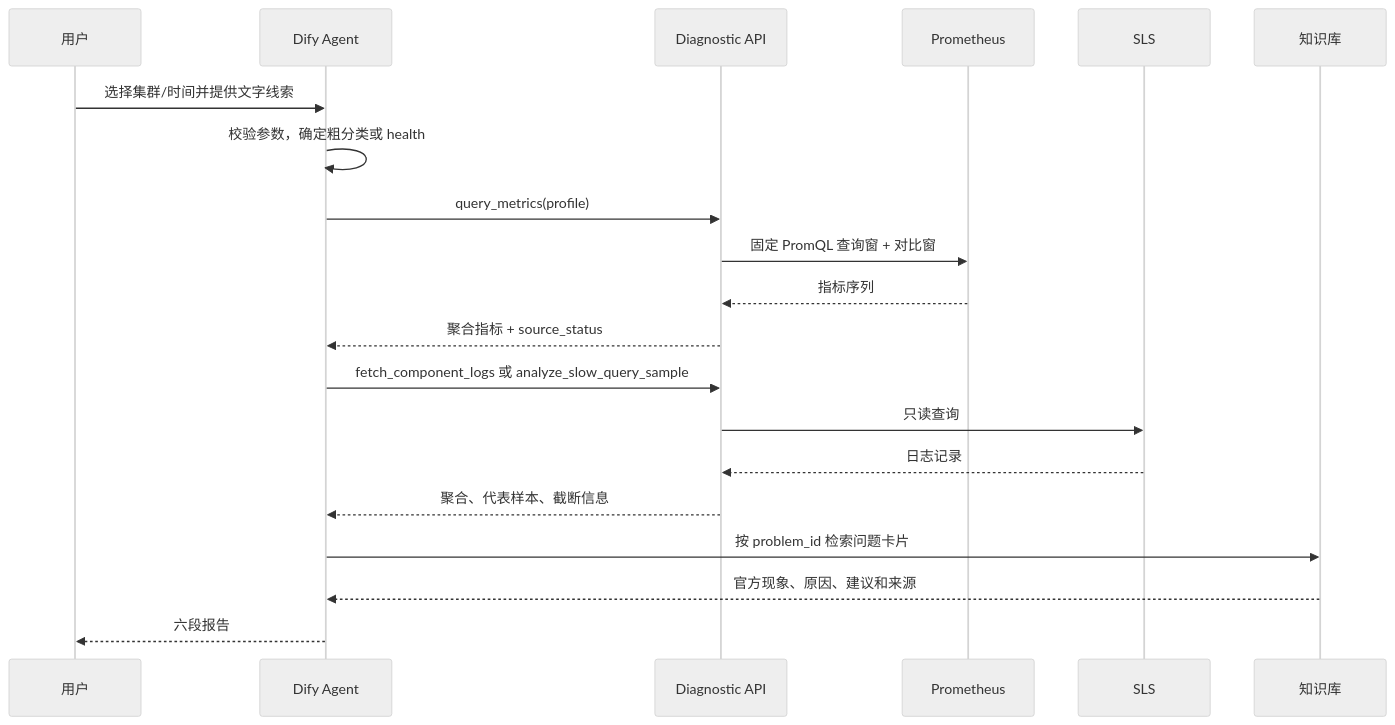
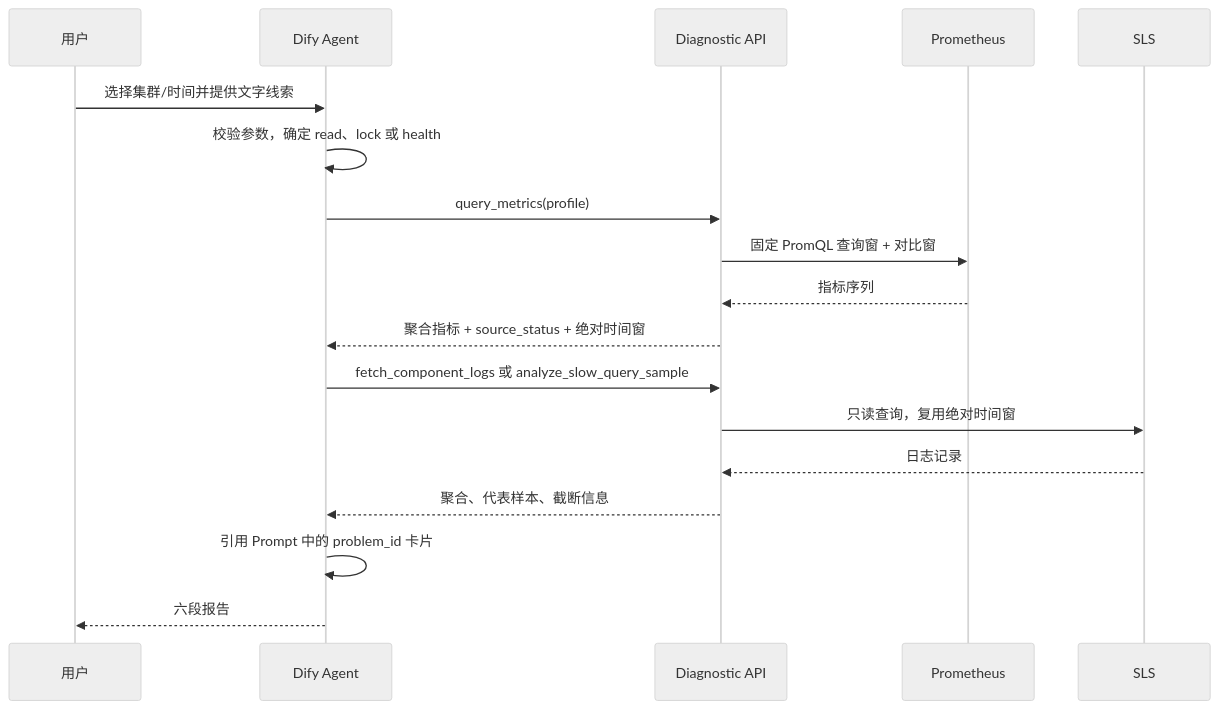
Before and after one commit to yangzhengjie/tidb-diag: the second of 2 diagrams in docs/tidb-diag-agent-technical-design.md, drawn with Mermaid (neutral theme). The commit also changed other lines of this file and 2 other files, not shown here.

````diff
--- a/docs/tidb-diag-agent-technical-design.md
+++ b/docs/tidb-diag-agent-technical-design.md
@@ -52,23 +57,21 @@
 ```mermaid
 sequenceDiagram
     participant U as 用户
     participant D as Dify Agent
     participant A as Diagnostic API
     participant P as Prometheus
     participant S as SLS
-    participant K as 知识库
 
     U->>D: 选择集群/时间并提供文字线索
-    D->>D: 校验参数，确定粗分类或 health
+    D->>D: 校验参数，确定 read、lock 或 health
     D->>A: query_metrics(profile)
     A->>P: 固定 PromQL 查询窗 + 对比窗
     P-->>A: 指标序列
-    A-->>D: 聚合指标 + source_status
+    A-->>D: 聚合指标 + source_status + 绝对时间窗
     D->>A: fetch_component_logs 或 analyze_slow_query_sample
-    A->>S: 只读查询
+    A->>S: 只读查询，复用绝对时间窗
     S-->>A: 日志记录
     A-->>D: 聚合、代表样本、截断信息
-    D->>K: 按 problem_id 检索问题卡片
-    K-->>D: 官方现象、原因、建议和来源
+    D->>D: 引用 Prompt 中的 problem_id 卡片
     D-->>U: 六段报告
 ```
````
